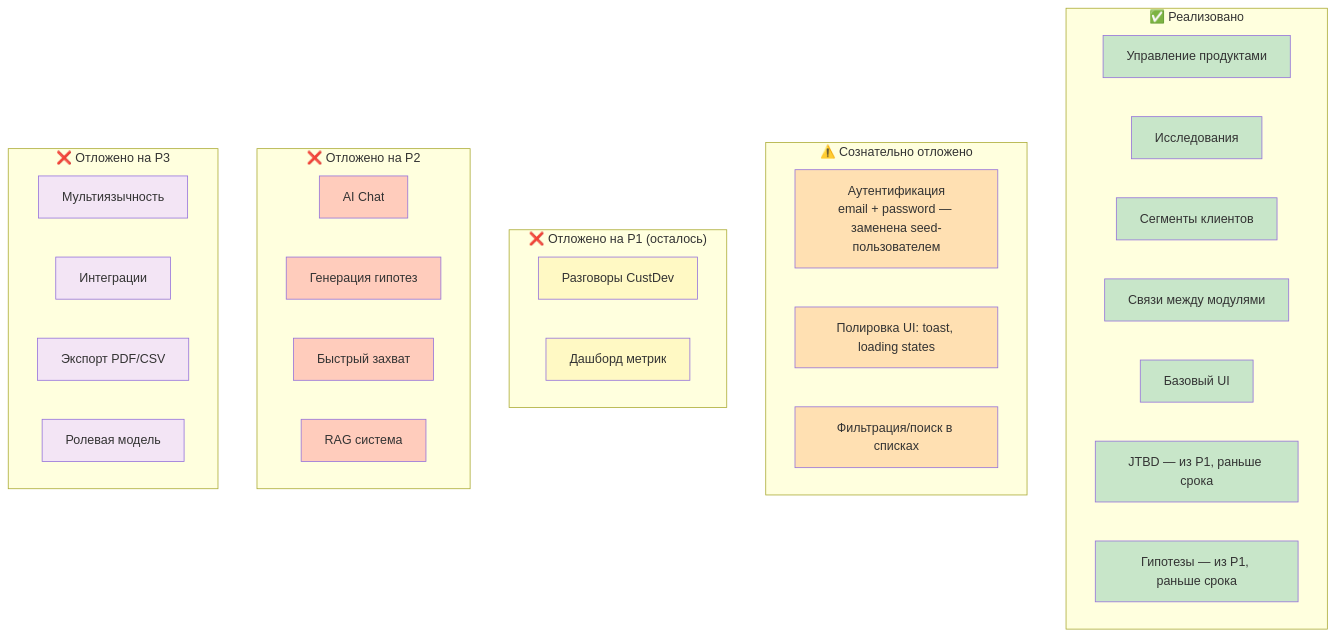
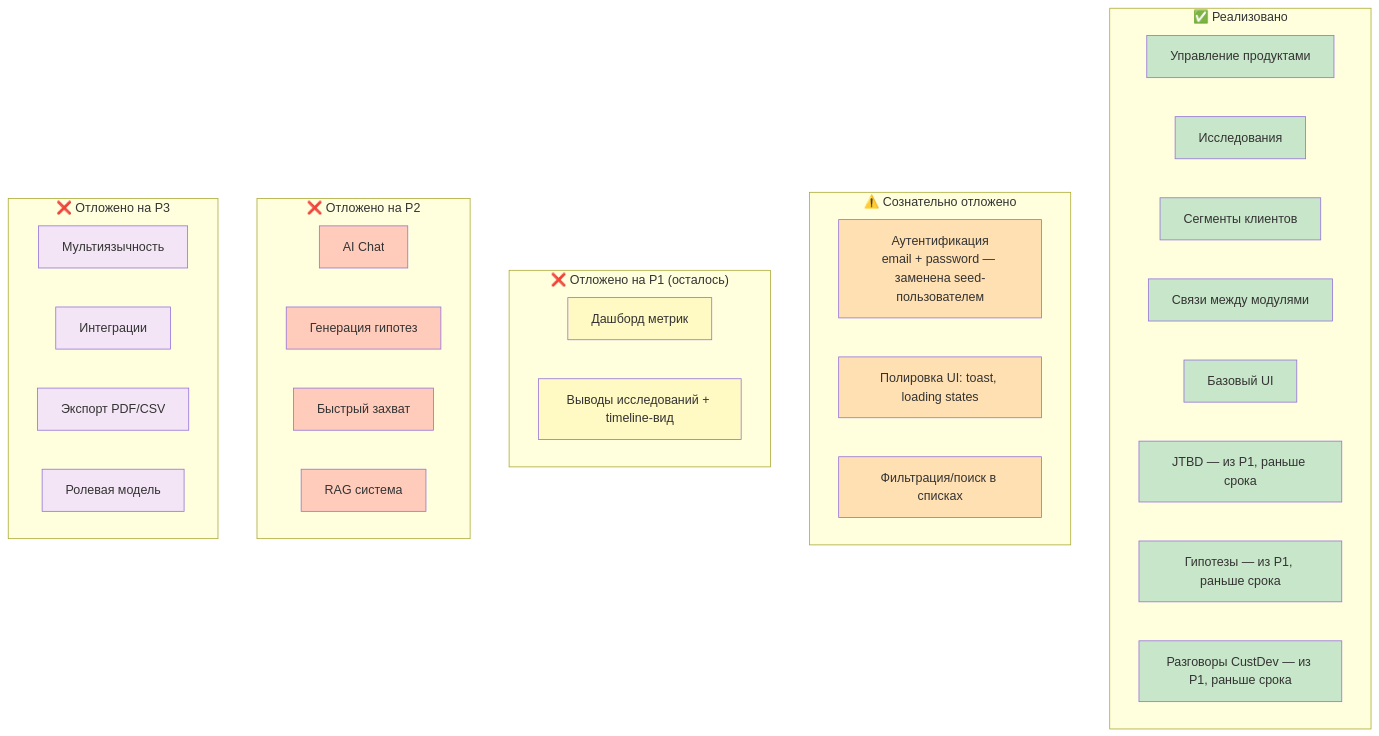
The ninth of 11 diagrams in plans/mvp-roadmap-visual.md (izumvania-gif/rpm-platform), drawn with Mermaid before and after one commit. The commit also changed other lines of this file and 12 other files, not shown here.

First line of the commit message:
Add Conversations (CustDev) module, update plan docs

````diff
--- a/plans/mvp-roadmap-visual.md
+++ b/plans/mvp-roadmap-visual.md
@@ -347,62 +362,64 @@
 ```mermaid
 graph TB
     subgraph "✅ Реализовано"
         MVP2[Управление продуктами]
         MVP3[Исследования]
         MVP4[Сегменты клиентов]
         MVP5[Связи между модулями]
         MVP6[Базовый UI]
         MVP7[JTBD — из P1, раньше срока]
         MVP8[Гипотезы — из P1, раньше срока]
+        MVP9[Разговоры CustDev — из P1, раньше срока]
     end
 
     subgraph "⚠️ Сознательно отложено"
         D1[Аутентификация<br/>email + password — заменена seed-пользователем]
         D2[Полировка UI: toast, loading states]
         D3[Фильтрация/поиск в списках]
     end
 
     subgraph "❌ Отложено на P1 (осталось)"
-        P1_2[Разговоры CustDev]
         P1_4[Дашборд метрик]
+        P1_5[Выводы исследований + timeline-вид]
     end
 
     subgraph "❌ Отложено на P2"
         P2_1[AI Chat]
         P2_2[Генерация гипотез]
         P2_3[Быстрый захват]
         P2_4[RAG система]
     end
 
     subgraph "❌ Отложено на P3"
         P3_1[Мультиязычность]
         P3_2[Интеграции]
         P3_3[Экспорт PDF/CSV]
         P3_4[Ролевая модель]
     end
 
     style MVP2 fill:#c8e6c9
     style MVP3 fill:#c8e6c9
     style MVP4 fill:#c8e6c9
     style MVP5 fill:#c8e6c9
     style MVP6 fill:#c8e6c9
     style MVP7 fill:#c8e6c9
     style MVP8 fill:#c8e6c9
+    style MVP9 fill:#c8e6c9
 
     style D1 fill:#ffe0b2
     style D2 fill:#ffe0b2
     style D3 fill:#ffe0b2
 
-    style P1_2 fill:#fff9c4
     style P1_4 fill:#fff9c4
+    style P1_5 fill:#fff9c4
 
     style P2_1 fill:#ffccbc
     style P2_2 fill:#ffccbc
     style P2_3 fill:#ffccbc
     style P2_4 fill:#ffccbc
 
     style P3_1 fill:#f3e5f5
     style P3_2 fill:#f3e5f5
     style P3_3 fill:#f3e5f5
     style P3_4 fill:#f3e5f5
 ```
````
